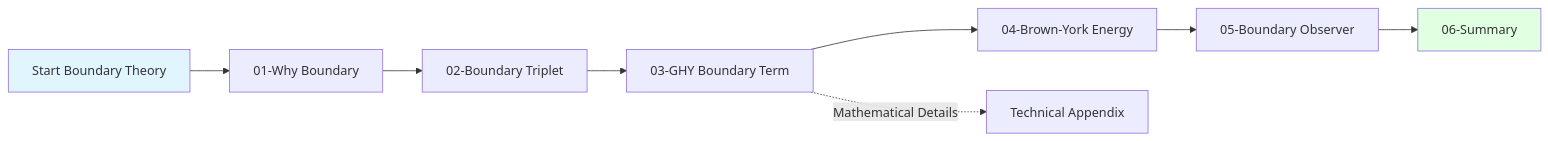
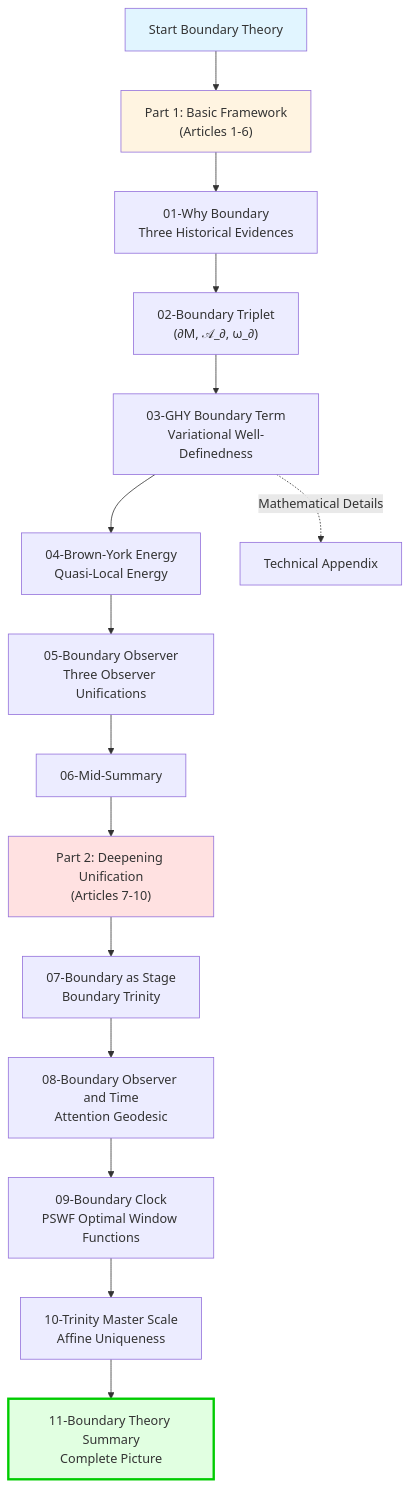
One commit to loning/zeckendorf-hilbert changed the fourth of 4 diagrams in docs/euler-article/gls-union/06-boundary-theory/00-boundary-overview_en.md. Above: the diagram before and after it, drawn with Mermaid. The commit also changed other lines of this file and 1 other file, not shown here.

````diff
--- a/docs/euler-article/gls-union/06-boundary-theory/00-boundary-overview_en.md
+++ b/docs/euler-article/gls-union/06-boundary-theory/00-boundary-overview_en.md
@@ -237,14 +296,27 @@
 ```mermaid
-graph LR
-    START["Start Boundary Theory"] --> WHY["01-Why Boundary"]
-    WHY --> TRIPLE["02-Boundary Triplet"]
-    TRIPLE --> GHY["03-GHY Boundary Term"]
-    GHY --> BY["04-Brown-York Energy"]
-    BY --> OBS["05-Boundary Observer"]
-    OBS --> SUM["06-Summary"]
+graph TB
+    START["Start Boundary Theory"] --> PART1["Part 1: Basic Framework<br/>(Articles 1-6)"]
+
+    PART1 --> WHY["01-Why Boundary<br/>Three Historical Evidences"]
+    WHY --> TRIPLE["02-Boundary Triplet<br/>(∂M, 𝒜_∂, ω_∂)"]
+    TRIPLE --> GHY["03-GHY Boundary Term<br/>Variational Well-Definedness"]
+    GHY --> BY["04-Brown-York Energy<br/>Quasi-Local Energy"]
+    BY --> OBS["05-Boundary Observer<br/>Three Observer Unifications"]
+    OBS --> SUM1["06-Mid-Summary"]
+
+    SUM1 --> PART2["Part 2: Deepening Unification<br/>(Articles 7-10)"]
+
+    PART2 --> STAGE["07-Boundary as Stage<br/>Boundary Trinity"]
+    STAGE --> TIME["08-Boundary Observer and Time<br/>Attention Geodesic"]
+    TIME --> CLOCK["09-Boundary Clock<br/>PSWF Optimal Window Functions"]
+    CLOCK --> MASTER["10-Trinity Master Scale<br/>Affine Uniqueness"]
+
+    MASTER --> FINAL["11-Boundary Theory Summary<br/>Complete Picture"]
 
     GHY -.->|"Mathematical Details"| TECH["Technical Appendix"]
 
     style START fill:#e1f5ff
-    style SUM fill:#e1ffe1
+    style PART1 fill:#fff4e1
+    style PART2 fill:#ffe1e1
+    style FINAL fill:#e1ffe1,stroke:#00cc00,stroke-width:3px
 ```
````
